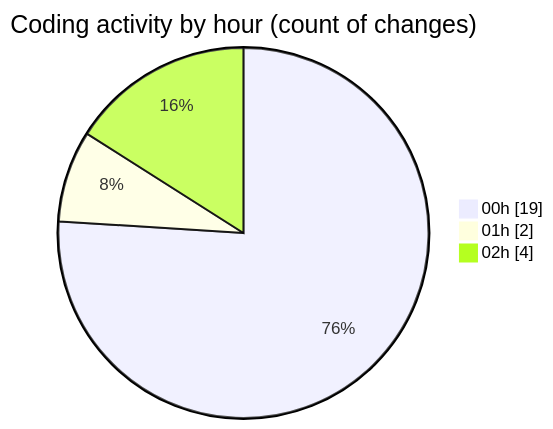
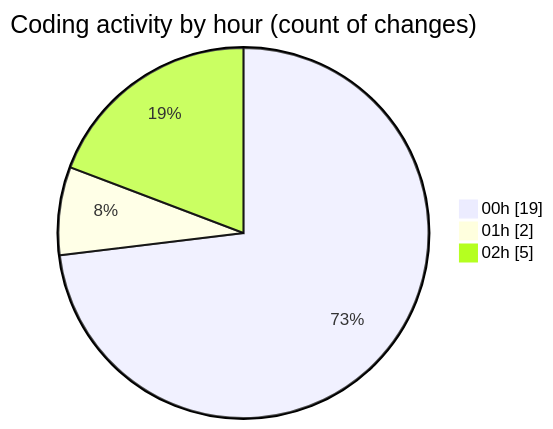
The second of 2 diagrams in 2025-10-21/eventscop-frontend-guide__workspace_/README.md (julien-gomy/code-tracking), drawn with Mermaid before and after one commit. The commit also changed other lines of this file and 1 other file, not shown here.

````diff
--- a/2025-10-21/eventscop-frontend-guide__workspace_/README.md
+++ b/2025-10-21/eventscop-frontend-guide__workspace_/README.md
@@ -38,7 +38,7 @@
 ```mermaid
 pie showData
 title Coding activity by hour (count of changes)
 "00h" : 19
 "01h" : 2
-"02h" : 4
+"02h" : 5
 ```
````
